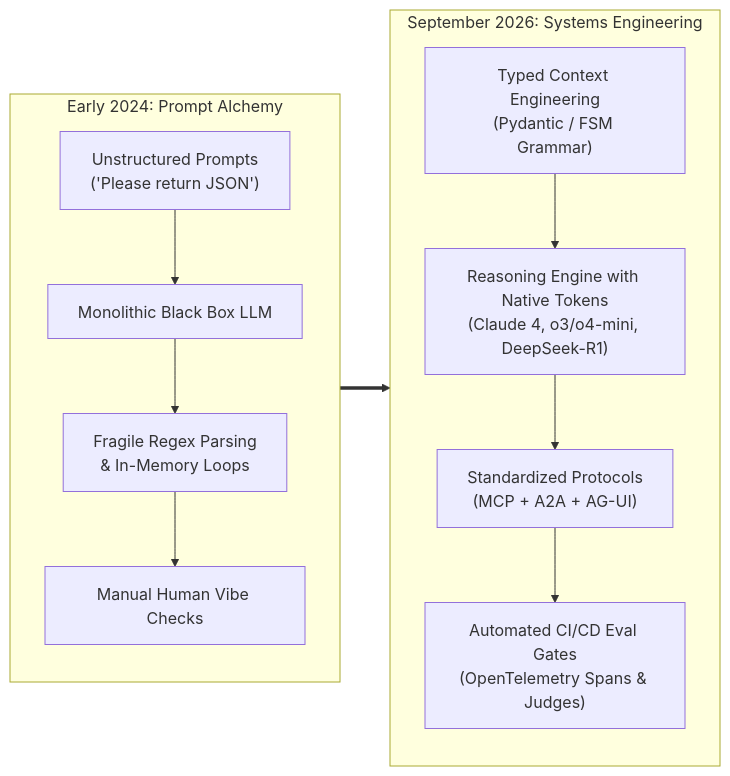
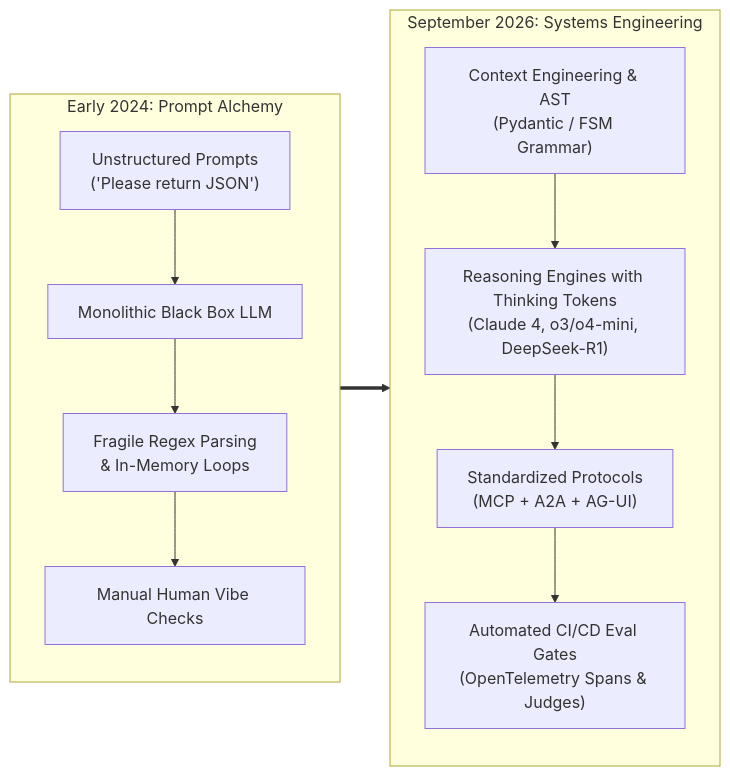
The first of 4 diagrams in README.md (dip4k/senior-engineer-to-ai-engineer-roadmap), drawn with Mermaid before and after one commit. The commit also changed other lines of this file and 2 other files, not shown here.

Commit message:
Complete multimodal agent lab (Lab 6) and simplify root README to follow GitHub Awesome learning flow

````diff
--- a/README.md
+++ b/README.md
@@ -52,18 +37,18 @@
 ```mermaid
 flowchart LR
     subgraph Y2024["Early 2024: Prompt Alchemy"]
         direction TB
         A1["Unstructured Prompts<br>('Please return JSON')"] --> B1["Monolithic Black Box LLM"]
         B1 --> C1["Fragile Regex Parsing<br>& In-Memory Loops"]
         C1 --> D1["Manual Human Vibe Checks"]
     end
 
     subgraph Y2026["September 2026: Systems Engineering"]
         direction TB
-        A2["Typed Context Engineering<br>(Pydantic / FSM Grammar)"] --> B2["Reasoning Engine with Native Tokens<br>(Claude 4, o3/o4-mini, DeepSeek-R1)"]
+        A2["Context Engineering & AST<br>(Pydantic / FSM Grammar)"] --> B2["Reasoning Engines with Thinking Tokens<br>(Claude 4, o3/o4-mini, DeepSeek-R1)"]
         B2 --> C2["Standardized Protocols<br>(MCP + A2A + AG-UI)"]
         C2 --> D2["Automated CI/CD Eval Gates<br>(OpenTelemetry Spans & Judges)"]
     end
 
     Y2024 ==> Y2026
 ```
````
